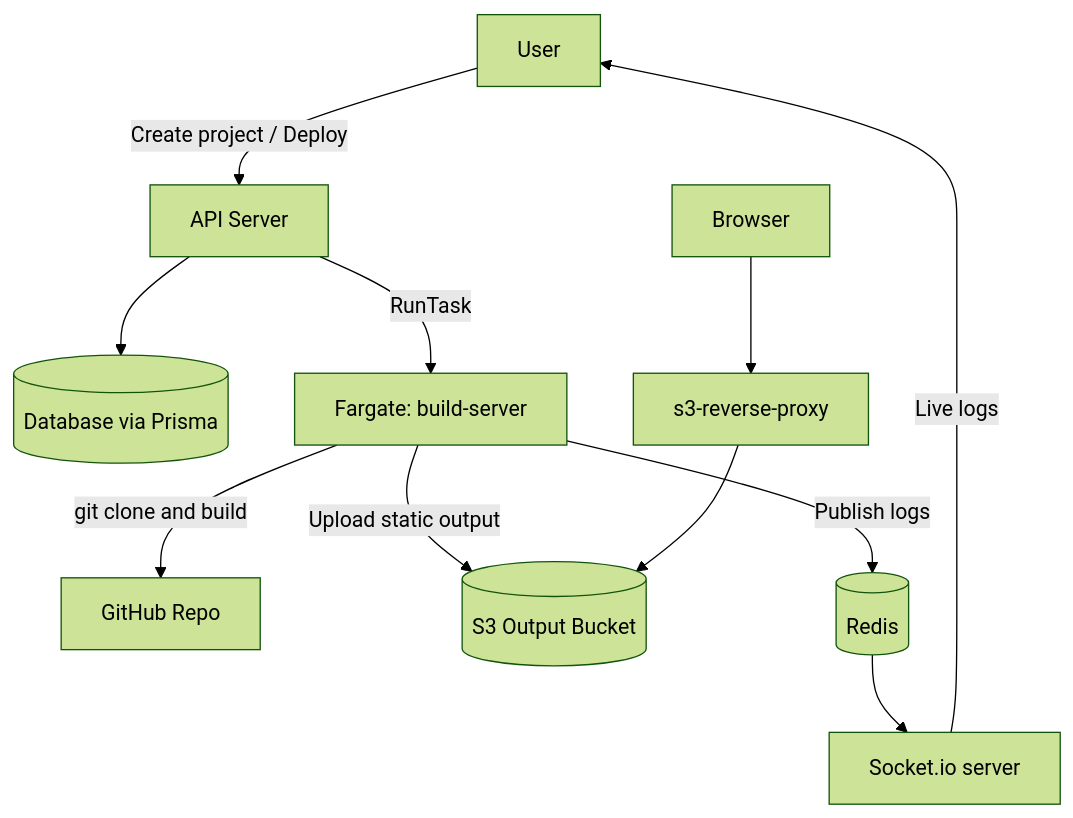
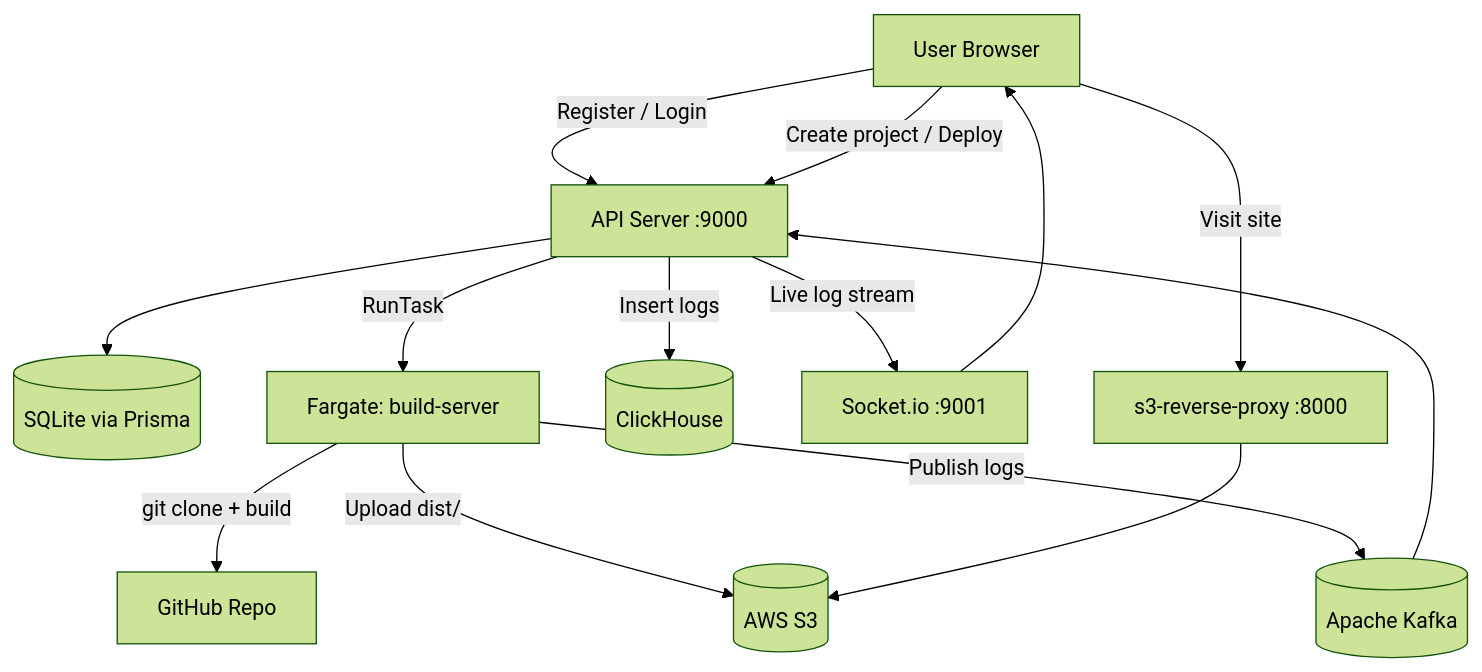
Before and after one commit to NikunjS91/RepoLaunch: the diagram in README.md, drawn with Mermaid (forest theme). The commit also changed other lines of this file and 56 other files, not shown here.

First line of the commit message:
feat: add React frontend, JWT auth, and Kafka/ClickHouse log pipeline

````diff
--- a/README.md
+++ b/README.md
@@ -39,13 +44,16 @@
 ```mermaid
 graph TD
-  U[User] -->|Create project / Deploy| API[API Server]
-  API --> DB[(Database via Prisma)]
+  U[User Browser] -->|Register / Login| API
+  U -->|Create project / Deploy| API[API Server :9000]
+  API --> DB[(SQLite via Prisma)]
   API -->|RunTask| ECS[Fargate: build-server]
-  ECS -->|git clone and build| GH[GitHub Repo]
-  ECS -->|Upload static output| S3[(S3 Output Bucket)]
-  BROWSER[Browser] --> PROXY[s3-reverse-proxy]
+  ECS -->|git clone + build| GH[GitHub Repo]
+  ECS -->|Upload dist/| S3[(AWS S3)]
+  ECS -->|Publish logs| KAFKA[(Apache Kafka)]
+  KAFKA --> API
+  API -->|Insert logs| CH[(ClickHouse)]
+  API -->|Live log stream| SOCKET[Socket.io :9001]
+  SOCKET --> U
+  U -->|Visit site| PROXY[s3-reverse-proxy :8000]
   PROXY --> S3
-  ECS -->|Publish logs| REDIS[(Redis)]
-  REDIS --> SOCKET[Socket.io server]
-  SOCKET -->|Live logs| U
 ```
````
